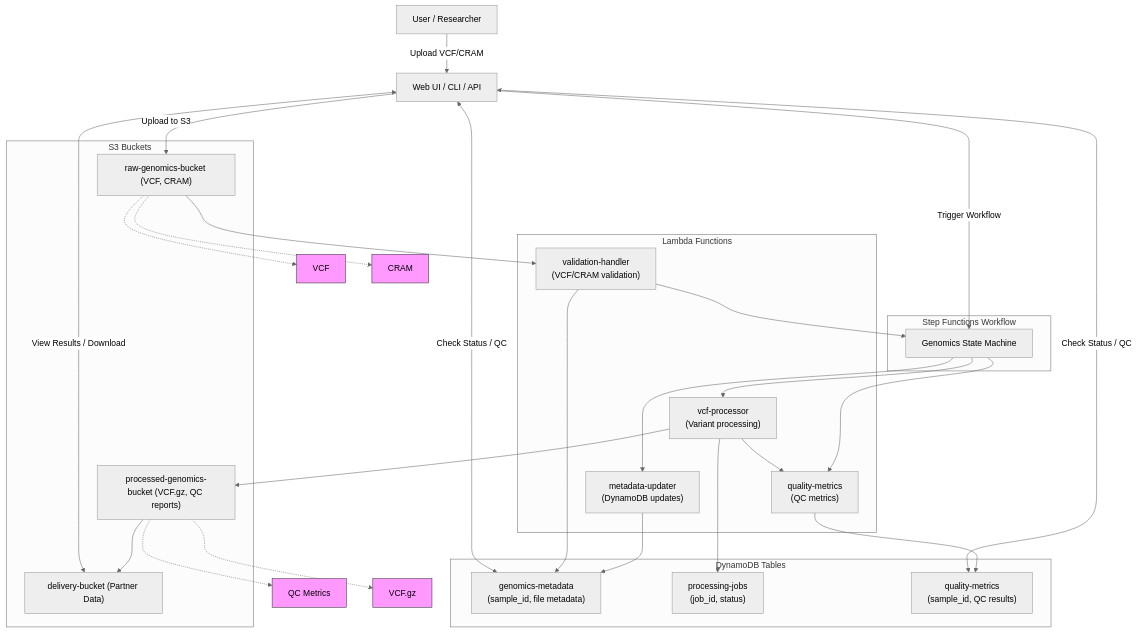
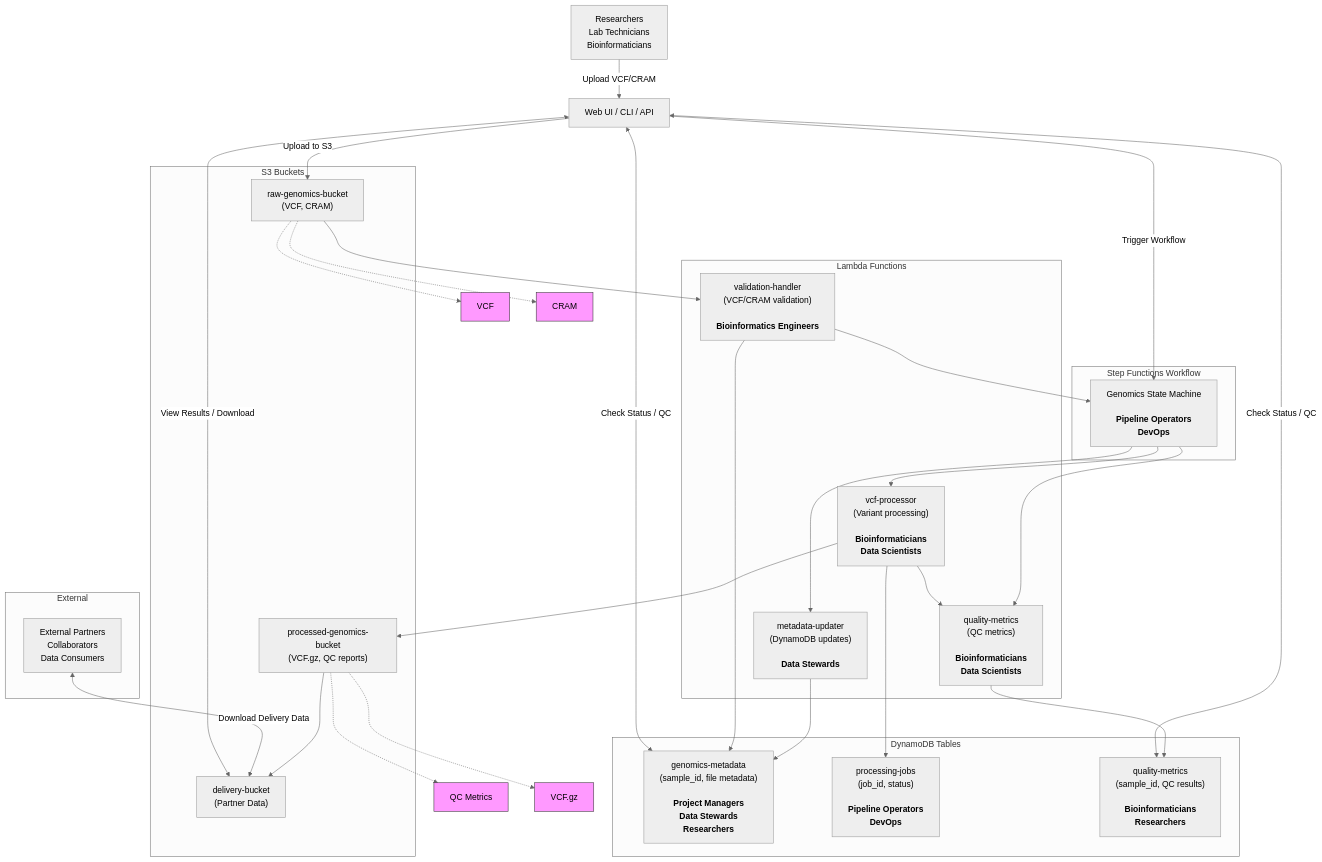
One commit to justin-mbca/genomic_data_etl changed the diagram in README.md. Above: the diagram before and after it, drawn with Mermaid (neutral theme).

Commit message:
Add all user roles to architecture Mermaid diagram and improve formatting

````diff
--- a/README.md
+++ b/README.md
@@ -7,61 +7,66 @@
 ```mermaid
 flowchart TD
-	USER["User / Researcher"]
+	UPL["Researchers<br>Lab Technicians<br>Bioinformaticians"]
 	UI["Web UI / CLI / API"]
 
 	subgraph S3["S3 Buckets"]
-		RAW["raw-genomics-bucket (VCF, CRAM)"]
-		PROCESSED["processed-genomics-bucket (VCF.gz, QC reports)"]
-		DELIVERY["delivery-bucket (Partner Data)"]
+		RAW["raw-genomics-bucket<br>(VCF, CRAM)"]
+		PROCESSED["processed-genomics-bucket<br>(VCF.gz, QC reports)"]
+		DELIVERY["delivery-bucket<br>(Partner Data)"]
 	end
 
 	subgraph Lambda["Lambda Functions"]
-		VALIDATE["validation-handler\n(VCF/CRAM validation)"]
-		PROCESS["vcf-processor\n(Variant processing)"]
-		METRICS["quality-metrics\n(QC metrics)"]
-		METAUPD["metadata-updater\n(DynamoDB updates)"]
+		VALIDATE["validation-handler<br>(VCF/CRAM validation)<br><br><b>Bioinformatics Engineers</b>"]
+		PROCESS["vcf-processor<br>(Variant processing)<br><br><b>Bioinformaticians<br>Data Scientists</b>"]
+		METRICS["quality-metrics<br>(QC metrics)<br><br><b>Bioinformaticians<br>Data Scientists</b>"]
+		METAUPD["metadata-updater<br>(DynamoDB updates)<br><br><b>Data Stewards</b>"]
 	end
 
 	subgraph DDB["DynamoDB Tables"]
-		META["genomics-metadata\n(sample_id, file metadata)"]
-		JOBS["processing-jobs\n(job_id, status)"]
-		QC["quality-metrics\n(sample_id, QC results)"]
+		META["genomics-metadata<br>(sample_id, file metadata)<br><br><b>Project Managers<br>Data Stewards<br>Researchers</b>"]
+		JOBS["processing-jobs<br>(job_id, status)<br><br><b>Pipeline Operators<br>DevOps</b>"]
+		QC["quality-metrics<br>(sample_id, QC results)<br><br><b>Bioinformaticians<br>Researchers</b>"]
 	end
 
 	subgraph SFN["Step Functions Workflow"]
-		WORKFLOW["Genomics State Machine"]
+		WORKFLOW["Genomics State Machine<br><br><b>Pipeline Operators<br>DevOps</b>"]
+	end
+
+	subgraph EXT["External"]
+		PARTNERS["External Partners<br>Collaborators<br>Data Consumers"]
 	end
 
 	%% User Interactions
-	USER -->|"Upload VCF/CRAM"| UI
+	UPL -->|"Upload VCF/CRAM"| UI
 	UI -->|"Upload to S3"| RAW
 	UI -->|"Trigger Workflow"| WORKFLOW
 	UI <-->|"View Results / Download"| DELIVERY
 	UI <-->|"Check Status / QC"| META
 	UI <-->|"Check Status / QC"| QC
+	PARTNERS <-->|"Download Delivery Data"| DELIVERY
 
 	RAW --> VALIDATE
 	VALIDATE --> META
 	VALIDATE --> WORKFLOW
 	WORKFLOW --> PROCESS
 	PROCESS --> PROCESSED
 	PROCESS --> JOBS
 	PROCESS --> METRICS
 	METRICS --> QC
 	PROCESSED --> DELIVERY
 	WORKFLOW --> METAUPD
 	METAUPD --> META
 	WORKFLOW --> METRICS
 
 	%% Data Types
 	classDef dataType fill:#f9f,stroke:#333,stroke-width:1px;
 	VCF["VCF"]:::dataType
 	CRAM["CRAM"]:::dataType
 	QC_METRICS["QC Metrics"]:::dataType
 	VCF_GZ["VCF.gz"]:::dataType
 
 	RAW -.-> VCF
 	RAW -.-> CRAM
 	PROCESSED -.-> VCF_GZ
 	PROCESSED -.-> QC_METRICS
 ```
````
